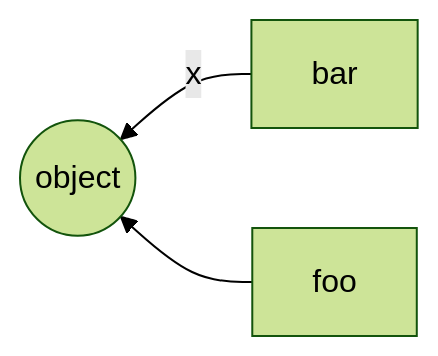
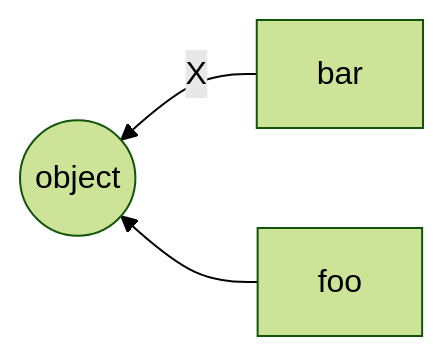
The second of 2 diagrams in vala/vala-learning-notes.md (anzyelay/learning_notes), drawn with Mermaid (forest theme) before and after one commit. The commit also changed other lines of this file and 2 other files, not shown here.

````diff
--- a/vala/vala-learning-notes.md
+++ b/vala/vala-learning-notes.md
@@ -119,8 +114,8 @@
         ```mermaid
         graph RL
         o((object))
 
-        bar--> |x|o
-        foo--> o
+        bar -- X --> o
+        foo --> o
 
         ```
````
